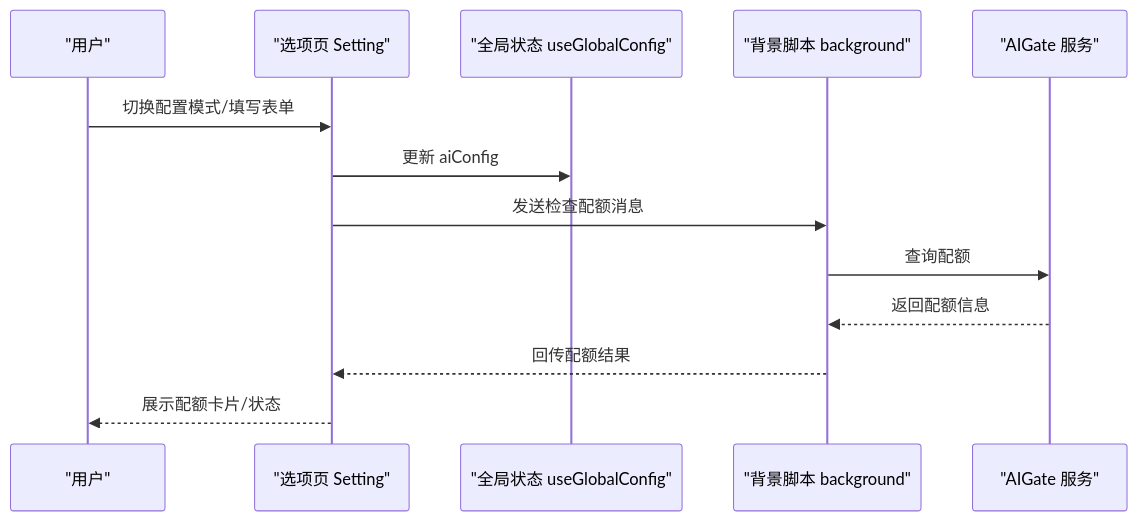
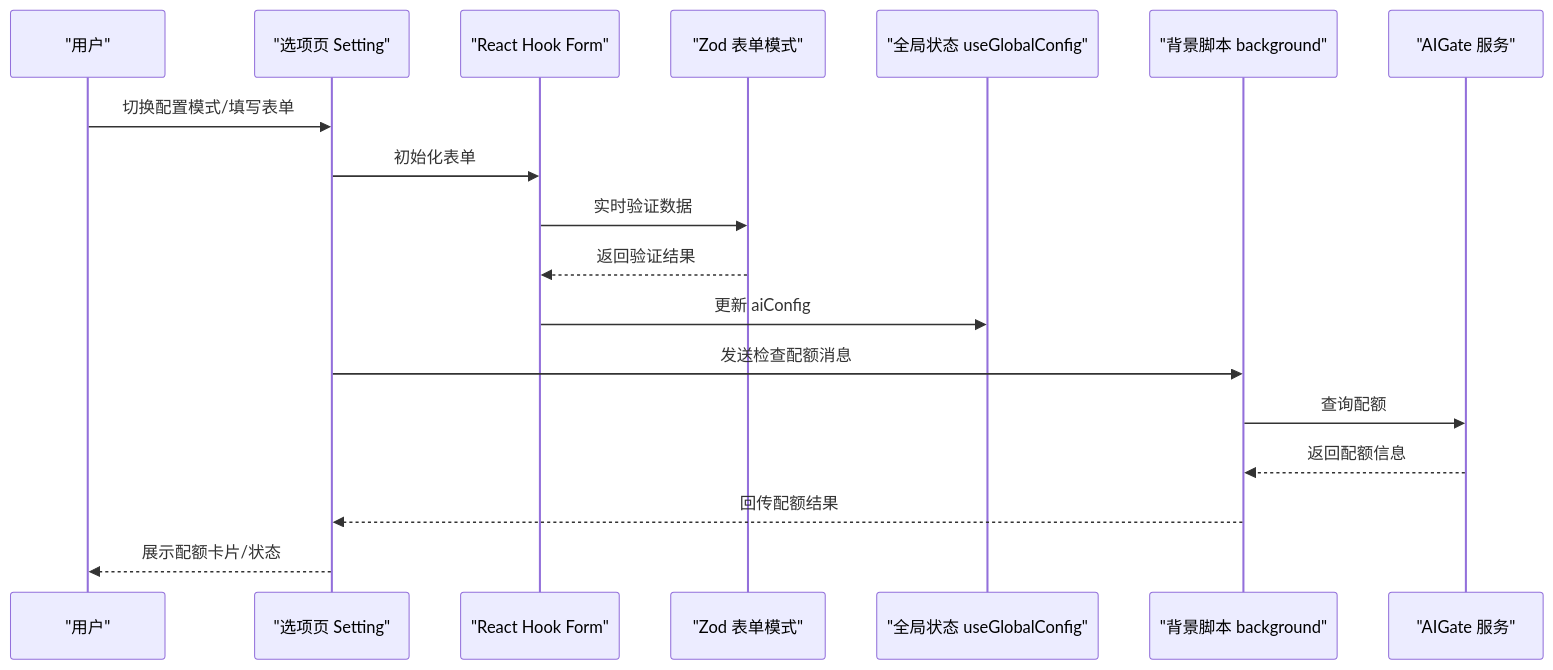
The second of 7 diagrams in .qoder/repowiki/zh/content/核心功能模块/配置管理系统.md (RadiumAg/bilibili-favorites), drawn with Mermaid before and after one commit. The commit also changed other lines of this file and 21 other files, not shown here.

````diff
--- a/.qoder/repowiki/zh/content/核心功能模块/配置管理系统.md
+++ b/.qoder/repowiki/zh/content/核心功能模块/配置管理系统.md
@@ -114,15 +126,20 @@
 ```mermaid
 sequenceDiagram
 participant User as "用户"
 participant Options as "选项页 Setting"
+participant Form as "React Hook Form"
+participant Schema as "Zod 表单模式"
 participant Store as "全局状态 useGlobalConfig"
 participant BG as "背景脚本 background"
 participant AIGate as "AIGate 服务"
 User->>Options : 切换配置模式/填写表单
-Options->>Store : 更新 aiConfig
+Options->>Form : 初始化表单
+Form->>Schema : 实时验证数据
+Schema-->>Form : 返回验证结果
+Form->>Store : 更新 aiConfig
 Options->>BG : 发送检查配额消息
 BG->>AIGate : 查询配额
 AIGate-->>BG : 返回配额信息
 BG-->>Options : 回传配额结果
 Options-->>User : 展示配额卡片/状态
 ```
````
